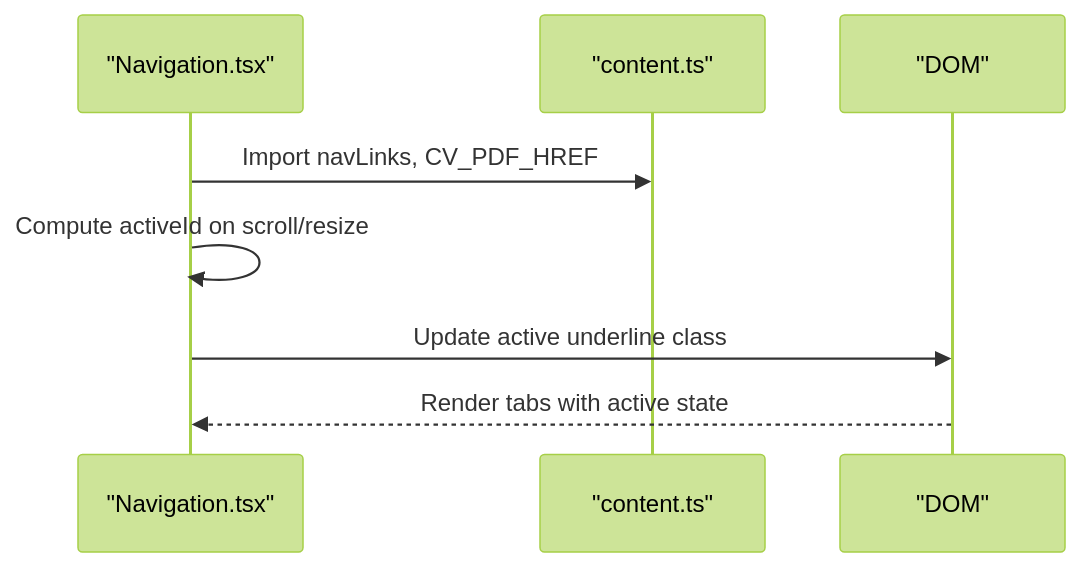
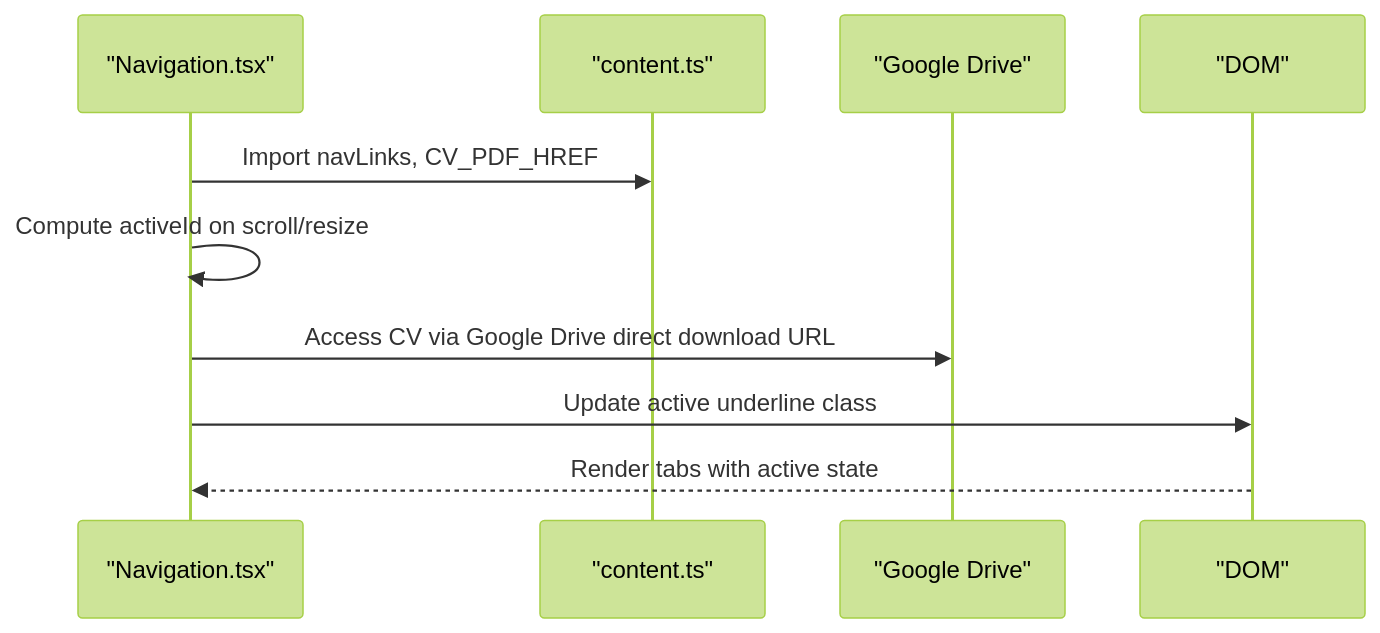
One commit to subash7781/Portfolio changed the fourth of 10 diagrams in .qoder/repowiki/en/content/Content Management System.md. Above: the diagram before and after it, drawn with Mermaid (forest theme). The commit also changed other lines of this file and 6 other files, not shown here.

````diff
--- a/.qoder/repowiki/en/content/Content Management System.md
+++ b/.qoder/repowiki/en/content/Content Management System.md
@@ -249,10 +267,12 @@
 ```mermaid
 sequenceDiagram
 participant Nav as "Navigation.tsx"
 participant Data as "content.ts"
+participant Drive as "Google Drive"
 participant DOM as "DOM"
 Nav->>Data : Import navLinks, CV_PDF_HREF
 Nav->>Nav : Compute activeId on scroll/resize
+Nav->>Drive : Access CV via Google Drive direct download URL
 Nav->>DOM : Update active underline class
 DOM-->>Nav : Render tabs with active state
 ```
````
